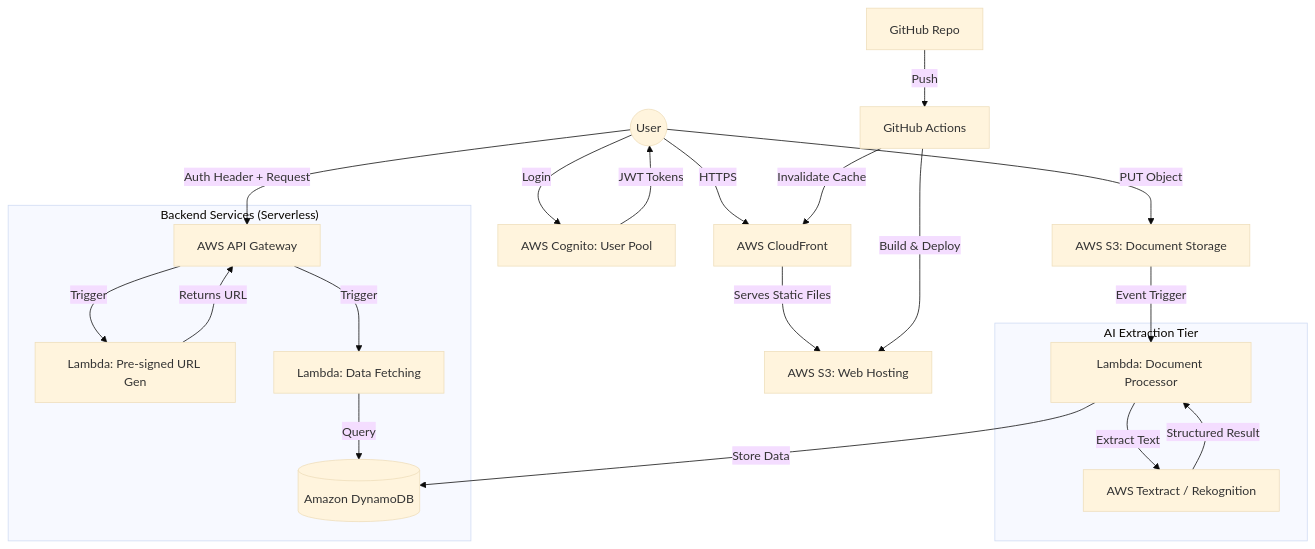
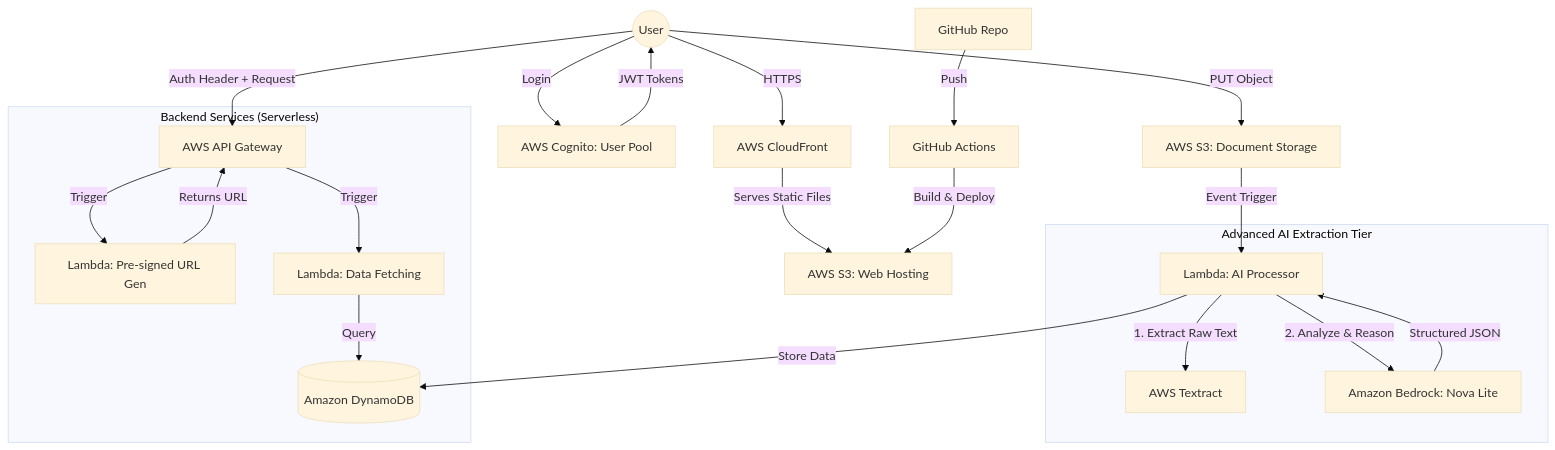
The diagram in README.md (Rishi-Cs-ms/ai-doc-parser), drawn with Mermaid (base theme) before and after one commit.

Commit message:
Revise document processing flow with AI enhancements
Updated the document processing flow to include AI processing and advanced extraction techniques.

````diff
--- a/README.md
+++ b/README.md
@@ -50,36 +50,36 @@
 ```mermaid
     graph TD
     %% User and Frontend
     User((User)) -->|HTTPS| CF[AWS CloudFront]
     CF -->|Serves Static Files| S3_Static[AWS S3: Web Hosting]
     
     %% Authentication Flow
     User -->|Login| Cognito[AWS Cognito: User Pool]
     Cognito -->|JWT Tokens| User
     
     %% API Interactions
     User -->|Auth Header + Request| APIGW[AWS API Gateway]
     
     subgraph "Backend Services (Serverless)"
         APIGW -->|Trigger| Lambda_Presigned[Lambda: Pre-signed URL Gen]
         APIGW -->|Trigger| Lambda_Data[Lambda: Data Fetching]
         
         Lambda_Presigned -->|Returns URL| APIGW
         Lambda_Data -->|Query| DDB[(Amazon DynamoDB)]
     end
     
     %% Document Processing Flow
     User -->|PUT Object| S3_Docs[AWS S3: Document Storage]
-    S3_Docs -->|Event Trigger| Lambda_Processor[Lambda: Document Processor]
+    S3_Docs -->|Event Trigger| Lambda_Processor[Lambda: AI Processor]
     
-    subgraph "AI Extraction Tier"
-        Lambda_Processor -->|Extract Text| Textract[AWS Textract / Rekognition]
-        Textract -->|Structured Result| Lambda_Processor
+    subgraph "Advanced AI Extraction Tier"
+        Lambda_Processor -->|1. Extract Raw Text| Textract[AWS Textract]
+        Lambda_Processor -->|2. Analyze & Reason| Bedrock[Amazon Bedrock: Nova Lite]
+        Bedrock -->|Structured JSON| Lambda_Processor
         Lambda_Processor -->|Store Data| DDB
     end
 
     %% CI/CD Flow
     GitHub[GitHub Repo] -->|Push| GHA[GitHub Actions]
     GHA -->|Build & Deploy| S3_Static
-    GHA -->|Invalidate Cache| CF
 ```
````
